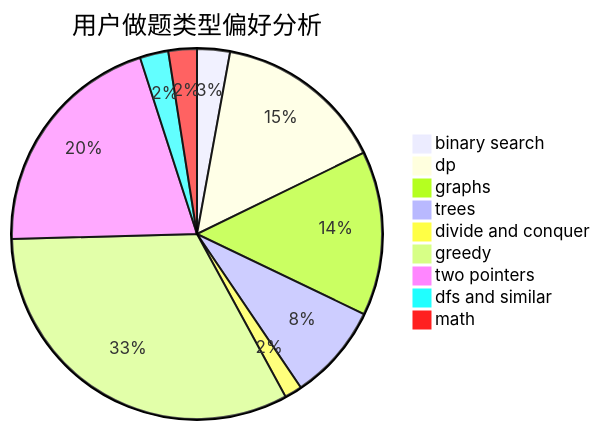
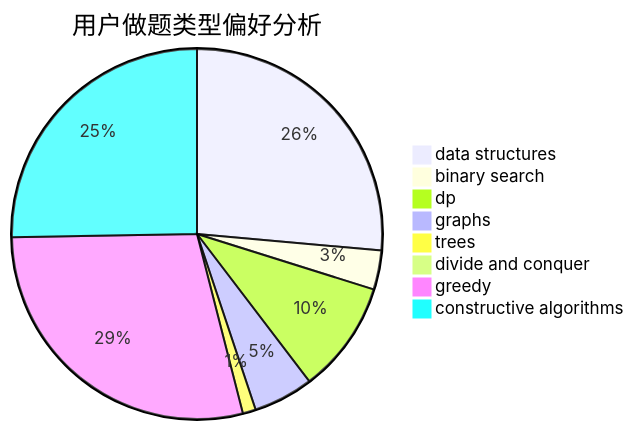
One commit to sherpahu/cfrs.github.io changed the second of 3 diagrams in docs/user/u2256.md. Above: the diagram before and after it, drawn with Mermaid. The commit also changed other lines of this file and 2775 other files, not shown here.

````diff
--- a/docs/user/u2256.md
+++ b/docs/user/u2256.md
@@ -23,12 +23,11 @@
 ```mermaid
 pie title 用户做题类型偏好分析
+    "data structures" :  116
     "binary search" :  15
-    "dp" :  78
-    "graphs" :  75
-    "trees" :  44
-    "divide and conquer" :  8
-    "greedy" :  170
-    "two pointers" :  107
-    "dfs and similar" :  13
-    "math" :  13
+    "dp" :  43
+    "graphs" :  23
+    "trees" :  5
+    "divide and conquer" :  0
+    "greedy" :  126
+    "constructive algorithms" :  111
 ```
````
